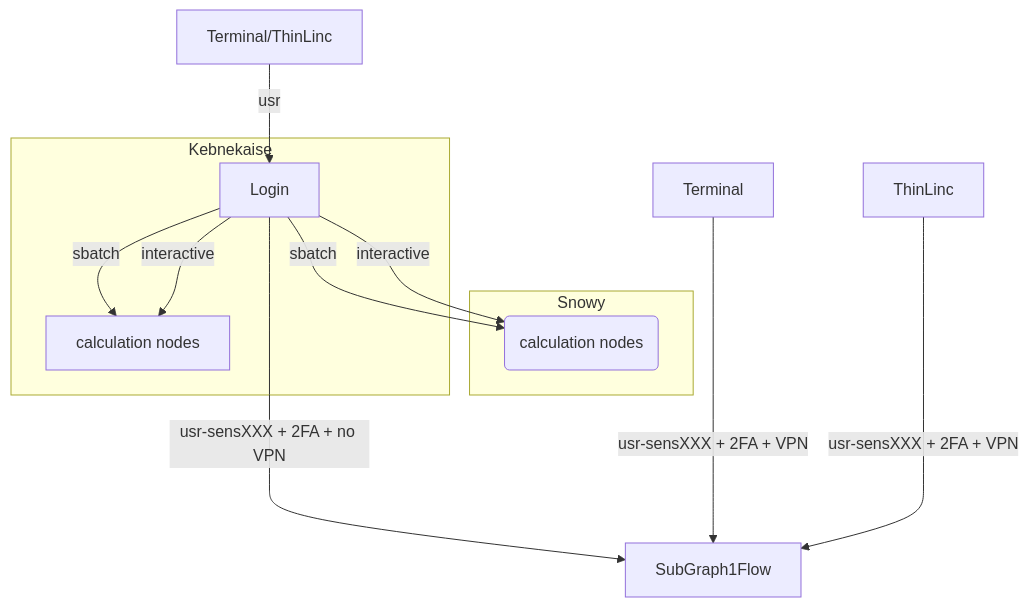
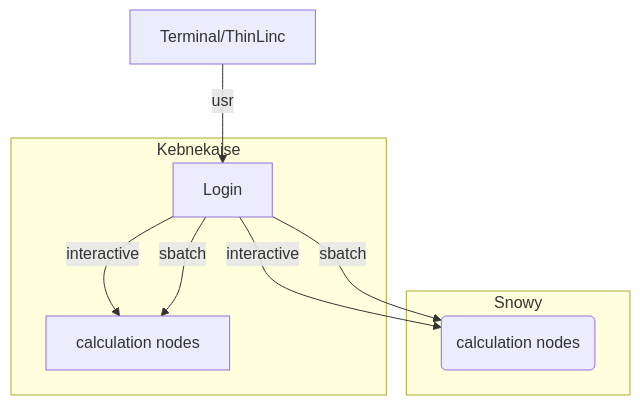
One commit to UPPMAX/R-python-julia-matlab-HPC changed the diagram in docs/mermaid/kebnekaise.mmd. Above: the diagram before and after it, drawn with Mermaid.

```diff
--- a/docs/mermaid/kebnekaise.mmd
+++ b/docs/mermaid/kebnekaise.mmd
@@ -1,18 +1,15 @@
  graph TB
 
   Node1 -- interactive --> SubGraph2Flow
   Node1 -- sbatch --> SubGraph2Flow
   subgraph "Snowy"
   SubGraph2Flow(calculation nodes) 
         end
 
-        ThinLinc -- usr-sensXXX + 2FA + VPN ----> SubGraph1Flow
         Terminal/ThinLinc -- usr --> Node1
-        Terminal -- usr-sensXXX + 2FA + VPN ----> SubGraph1Flow
-        Node1 -- usr-sensXXX + 2FA + no VPN ----> SubGraph1Flow
         
 
         subgraph "Kebnekaise"
         Node1[Login] -- interactive --> Node2[calculation nodes]
         Node1 -- sbatch --> Node2
         end
```
